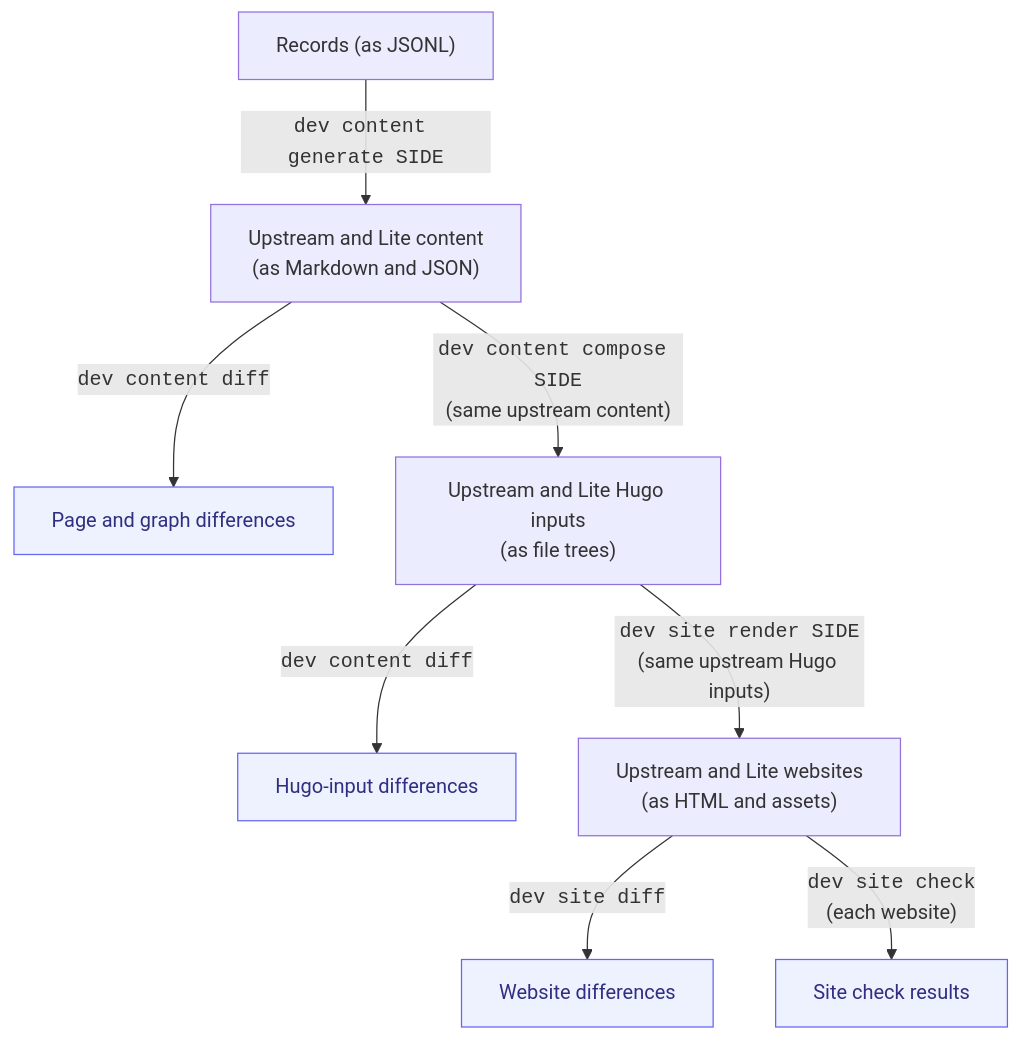
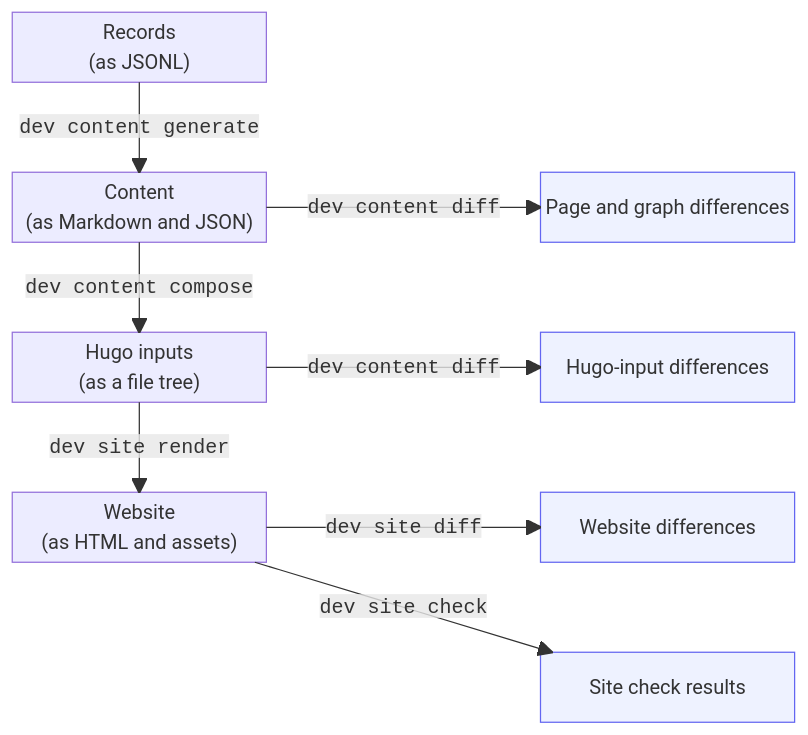
One commit to ORINOCO-Lite/orinoco-lite-dev changed the second of 2 diagrams in docs/agents/staged-upstream-validation.md. Above: the diagram before and after it, drawn with Mermaid. The commit also changed other lines of this file, not shown here.

First line of the commit message:
docs: align validation diagrams around the data flow

````diff
--- a/docs/agents/staged-upstream-validation.md
+++ b/docs/agents/staged-upstream-validation.md
@@ -74,11 +85,23 @@
 ```mermaid
-flowchart TB
-  records["Records (as JSONL)"] -->|"<code>dev content generate SIDE</code>"| content["Upstream and Lite content<br/>(as Markdown and JSON)"]
-  content -->|"<code>dev content diff</code>"| contentdiff["Page and graph differences"]:::report
-  content -->|"<code>dev content compose SIDE</code><br/>(same upstream content)"| assembly["Upstream and Lite Hugo inputs<br/>(as file trees)"]
-  assembly -->|"<code>dev content diff</code>"| assemblydiff["Hugo-input differences"]:::report
-  assembly -->|"<code>dev site render SIDE</code><br/>(same upstream Hugo inputs)"| site["Upstream and Lite websites<br/>(as HTML and assets)"]
-  site -->|"<code>dev site diff</code>"| sitediff["Website differences"]:::report
-  site -->|"<code>dev site check</code><br/>(each website)"| checks["Site check results"]:::report
+block-beta
+  columns 3
+  records["Records<br/>(as JSONL)"] space:2
+  space:3
+  content["Content<br/>(as Markdown and JSON)"] space contentdiff["Page and graph differences"]
+  space:3
+  assembly["Hugo inputs<br/>(as a file tree)"] space assemblydiff["Hugo-input differences"]
+  space:3
+  site["Website<br/>(as HTML and assets)"] space sitediff["Website differences"]
+  space:3
+  space:2 checks["Site check results"]
+
+  records -- "<code>dev content generate</code>" --> content
+  content -- "<code>dev content compose</code>" --> assembly
+  assembly -- "<code>dev site render</code>" --> site
+  content -- "<code>dev content diff</code>" --> contentdiff
+  assembly -- "<code>dev content diff</code>" --> assemblydiff
+  site -- "<code>dev site diff</code>" --> sitediff
+  site -- "<code>dev site check</code>" --> checks
   classDef report fill:#eef2ff,stroke:#6366f1,color:#312e81
+  class contentdiff,assemblydiff,sitediff,checks report
 ```
````
